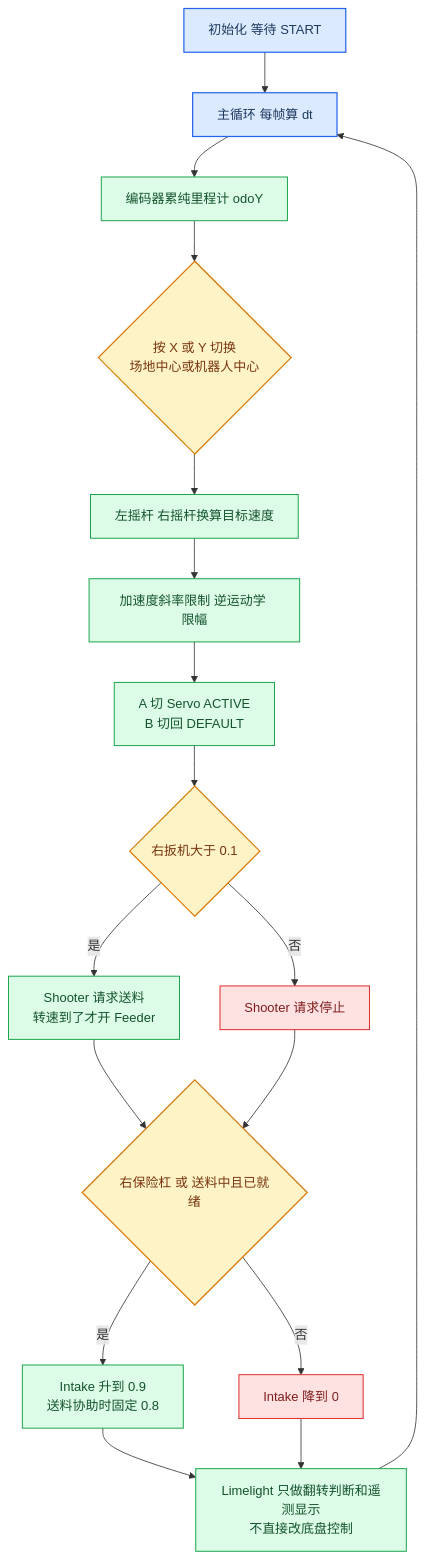
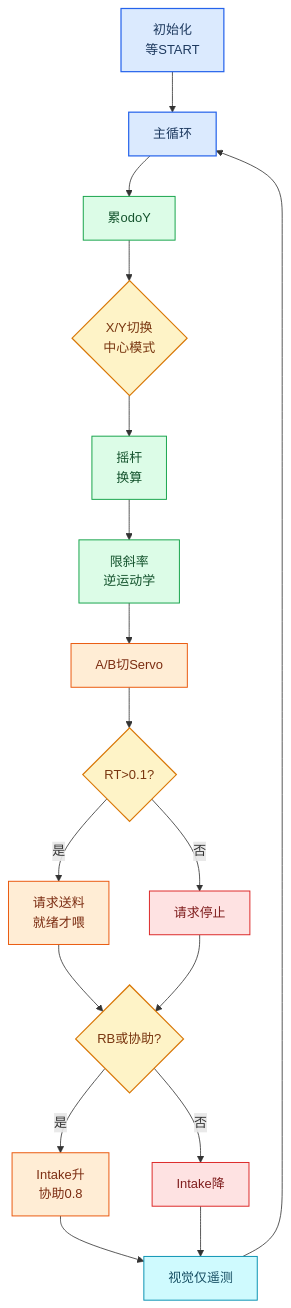
The fifth of 5 diagrams in README.md (Maxxj333/KeystoneFTC-code), drawn with Mermaid before and after one commit. The commit also changed other lines of this file, not shown here.

Commit message:
Tighten Mermaid labels, add semantic colors and vertical lists for narrow screens

````diff
--- a/README.md
+++ b/README.md
@@ -193,27 +213,31 @@
 ```mermaid
 flowchart TD
-    A["初始化 等待 START"] --> B["主循环 每帧算 dt"]
-    B --> C["编码器累纯里程计 odoY"]
-    C --> D{"按 X 或 Y 切换<br/>场地中心或机器人中心"}
-    D --> E["左摇杆 右摇杆换算目标速度"]
-    E --> F["加速度斜率限制 逆运动学 限幅"]
-    F --> G["A 切 Servo ACTIVE<br/>B 切回 DEFAULT"]
-    G --> H{"右扳机大于 0.1"}
-    H -->|"是"| I["Shooter 请求送料<br/>转速到了才开 Feeder"]
-    H -->|"否"| J["Shooter 请求停止"]
-    I --> K{"右保险杠 或 送料中且已就绪"}
+    A["初始化<br/>等START"] --> B["主循环"]
+    B --> C["累odoY"]
+    C --> D{"X/Y切换<br/>中心模式"}
+    D --> E["摇杆<br/>换算"]
+    E --> F["限斜率<br/>逆运动学"]
+    F --> G["A/B切Servo"]
+    G --> H{"RT>0.1?"}
+    H -->|"是"| I["请求送料<br/>就绪才喂"]
+    H -->|"否"| J["请求停止"]
+    I --> K{"RB或协助?"}
     J --> K
-    K -->|"是"| L["Intake 升到 0.9<br/>送料协助时固定 0.8"]
-    K -->|"否"| M["Intake 降到 0"]
-    L --> N["Limelight 只做翻转判断和遥测显示<br/>不直接改底盘控制"]
+    K -->|"是"| L["Intake升<br/>协助0.8"]
+    K -->|"否"| M["Intake降"]
+    L --> N["视觉仅遥测"]
     M --> N
     N --> B
-    classDef start fill:#dbeafe,stroke:#2563eb,stroke-width:1.5px,color:#1e3a5f
-    classDef decision fill:#fef3c7,stroke:#d97706,stroke-width:1.5px,color:#78350f
-    classDef process fill:#dcfce7,stroke:#16a34a,stroke-width:1.2px,color:#14532d
-    classDef stop fill:#fee2e2,stroke:#dc2626,stroke-width:1.2px,color:#7f1d1d
-    class A,B start
-    class D,H,K decision
-    class C,E,F,G,I,L,N process
-    class J,M stop
+    classDef blue fill:#DBEAFE,stroke:#2563EB,stroke-width:1.5px,color:#1E3A5F
+    classDef yellow fill:#FEF3C7,stroke:#D97706,stroke-width:1.5px,color:#78350F
+    classDef green fill:#DCFCE7,stroke:#16A34A,stroke-width:1.2px,color:#14532D
+    classDef orange fill:#FFEDD5,stroke:#EA580C,stroke-width:1.2px,color:#7C2D12
+    classDef cyan fill:#CFFAFE,stroke:#0891B2,stroke-width:1.2px,color:#164E63
+    classDef red fill:#FEE2E2,stroke:#DC2626,stroke-width:1.2px,color:#7F1D1D
+    class A,B blue
+    class D,H,K yellow
+    class C,E,F green
+    class G,I,L orange
+    class J,M red
+    class N cyan
 ```
````
